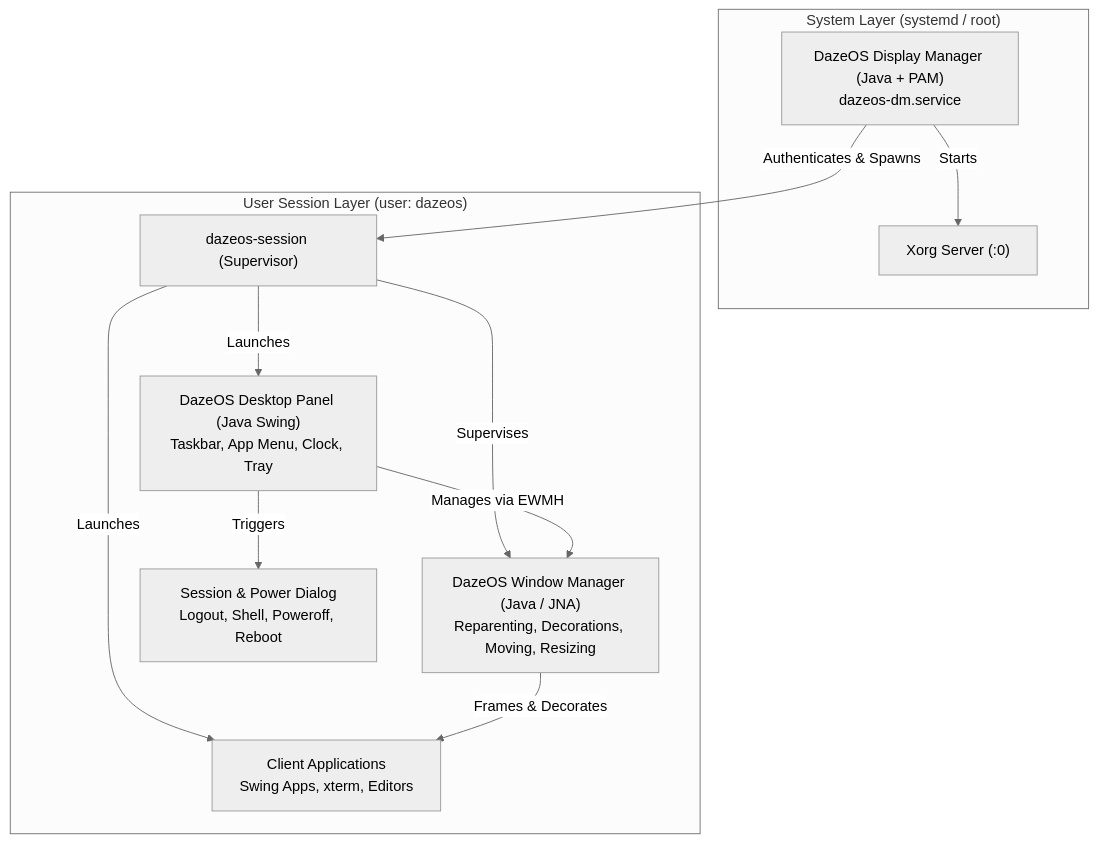
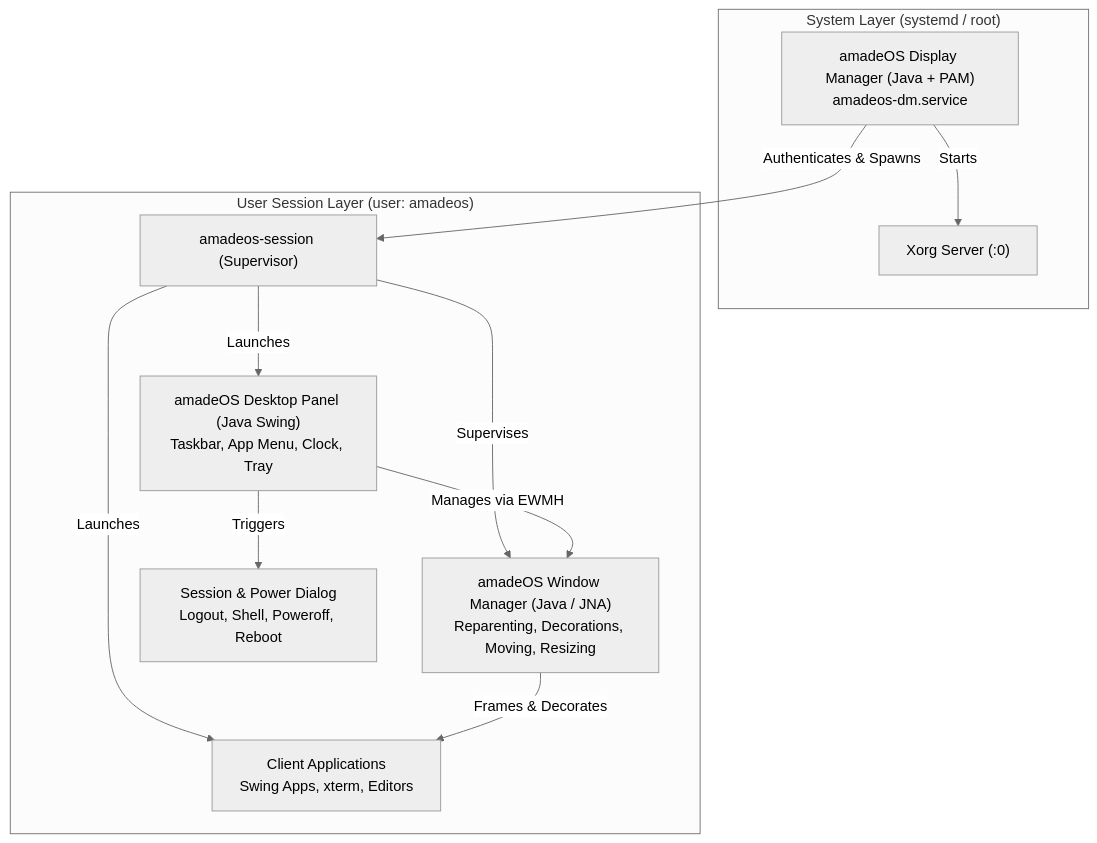
One commit to amadeos-eu/amadeos changed the first of 2 diagrams in ROADMAP.md. Above: the diagram before and after it, drawn with Mermaid (neutral theme). The commit also changed other lines of this file and 137 other files, not shown here.

Commit message:
chore(rename): rename project from DazeOS to amadeOS across codebase, services, and configs

````diff
--- a/ROADMAP.md
+++ b/ROADMAP.md
@@ -11,24 +11,24 @@
 ```mermaid
 flowchart TD
     subgraph System ["System Layer (systemd / root)"]
-        DM["DazeOS Display Manager (Java + PAM)<br>dazeos-dm.service"]
+        DM["amadeOS Display Manager (Java + PAM)<br>amadeos-dm.service"]
         Xorg["Xorg Server (:0)"]
     end
 
-    subgraph UserSession ["User Session Layer (user: dazeos)"]
-        Session["dazeos-session (Supervisor)"]
-        WM["DazeOS Window Manager (Java / JNA)<br>Reparenting, Decorations, Moving, Resizing"]
-        Panel["DazeOS Desktop Panel (Java Swing)<br>Taskbar, App Menu, Clock, Tray"]
+    subgraph UserSession ["User Session Layer (user: amadeos)"]
+        Session["amadeos-session (Supervisor)"]
+        WM["amadeOS Window Manager (Java / JNA)<br>Reparenting, Decorations, Moving, Resizing"]
+        Panel["amadeOS Desktop Panel (Java Swing)<br>Taskbar, App Menu, Clock, Tray"]
         Apps["Client Applications<br>Swing Apps, xterm, Editors"]
         PowerDlg["Session & Power Dialog<br>Logout, Shell, Poweroff, Reboot"]
     end
 
     DM -->|Starts| Xorg
     DM -->|Authenticates & Spawns| Session
     Session -->|Supervises| WM
     Session -->|Launches| Panel
     Session -->|Launches| Apps
     Panel -->|Triggers| PowerDlg
     Panel -->|Manages via EWMH| WM
     WM -->|Frames & Decorates| Apps
 ```
````
